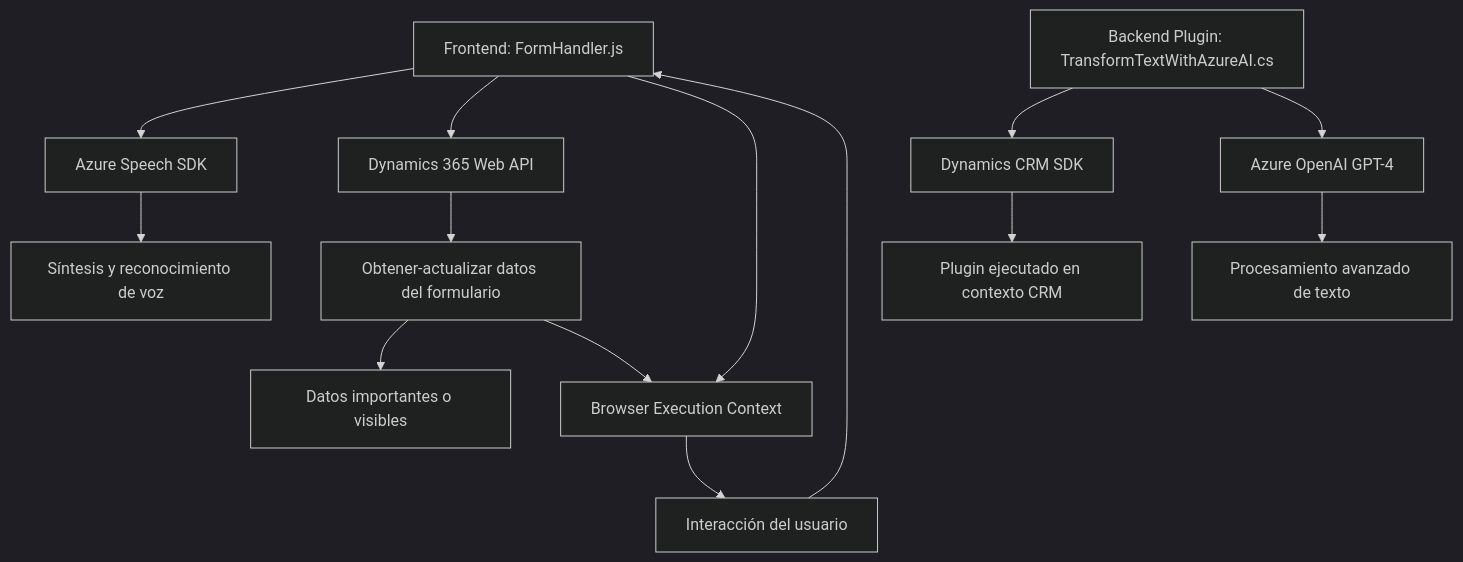
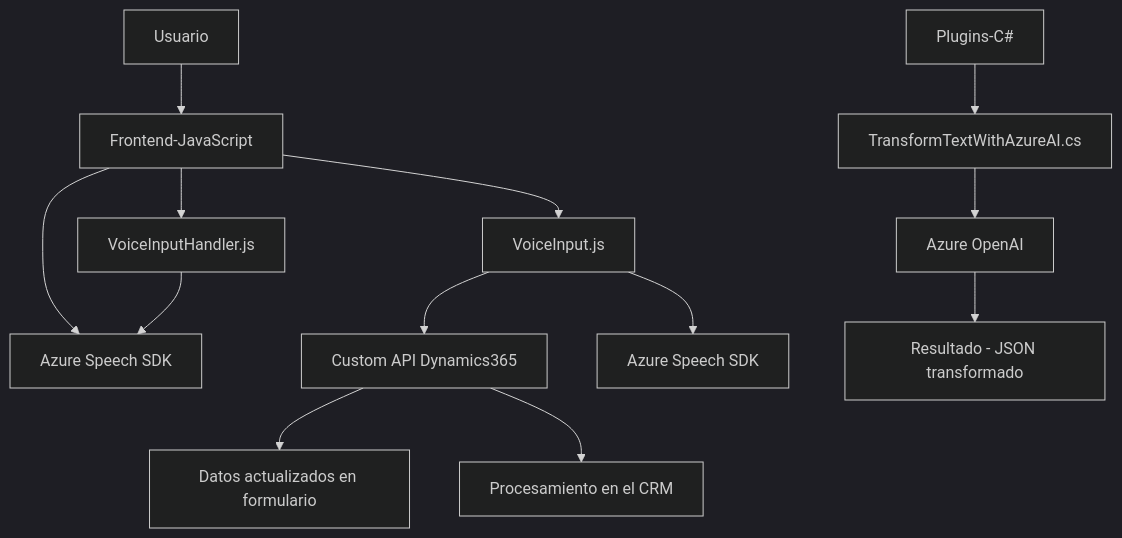
Before and after one commit to blopezdm/NETCORE_BILBAO2025: the diagram in README.md, drawn with Mermaid (dark theme). The commit also changed other lines of this file, not shown here.

Commit message:
Actualizar análisis global de la solución con IA

````diff
--- a/README.md
+++ b/README.md
@@ -38,16 +47,15 @@
 ```mermaid
 graph TD
-    A["Frontend: FormHandler.js"] --> B["Azure Speech SDK"]
-    A --> C["Dynamics 365 Web API"]
-    A --> D["Browser Execution Context"]
-    B --> E["Síntesis y reconocimiento de voz"]
-    C --> F["Obtener-actualizar datos del formulario"]
-    D --> G["Interacción del usuario"]
-    H["Backend Plugin: TransformTextWithAzureAI.cs"] --> I["Dynamics CRM SDK"]
-    H --> J["Azure OpenAI GPT-4"]
-    I --> K["Plugin ejecutado en contexto CRM"]
-    J --> L["Procesamiento avanzado de texto"]
-    F --> M["Datos importantes o visibles"]
-    G --> A
-    F --> D
+  A["Usuario"] --> B["Frontend-JavaScript"]
+  B --> C["VoiceInputHandler.js"]
+  B --> D["VoiceInput.js"]
+  B --> E["Azure Speech SDK"]
+  C --> E
+  D --> F["Custom API Dynamics365"]
+  D --> G["Azure Speech SDK"]
+  F --> H["Datos actualizados en formulario"]
+  I["Plugins-C#"] --> J["TransformTextWithAzureAI.cs"]
+  J --> K["Azure OpenAI"]
+  K --> L["Resultado - JSON transformado"]
+  F --> M["Procesamiento en el CRM"]
 ```
````
